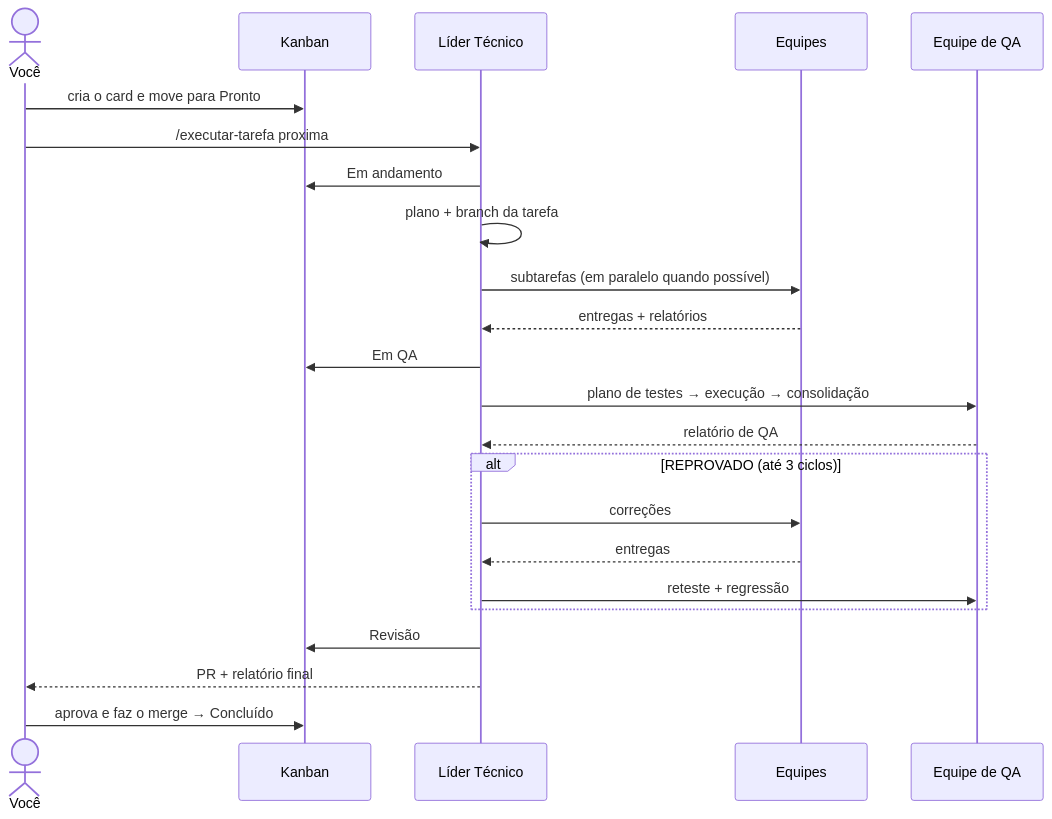
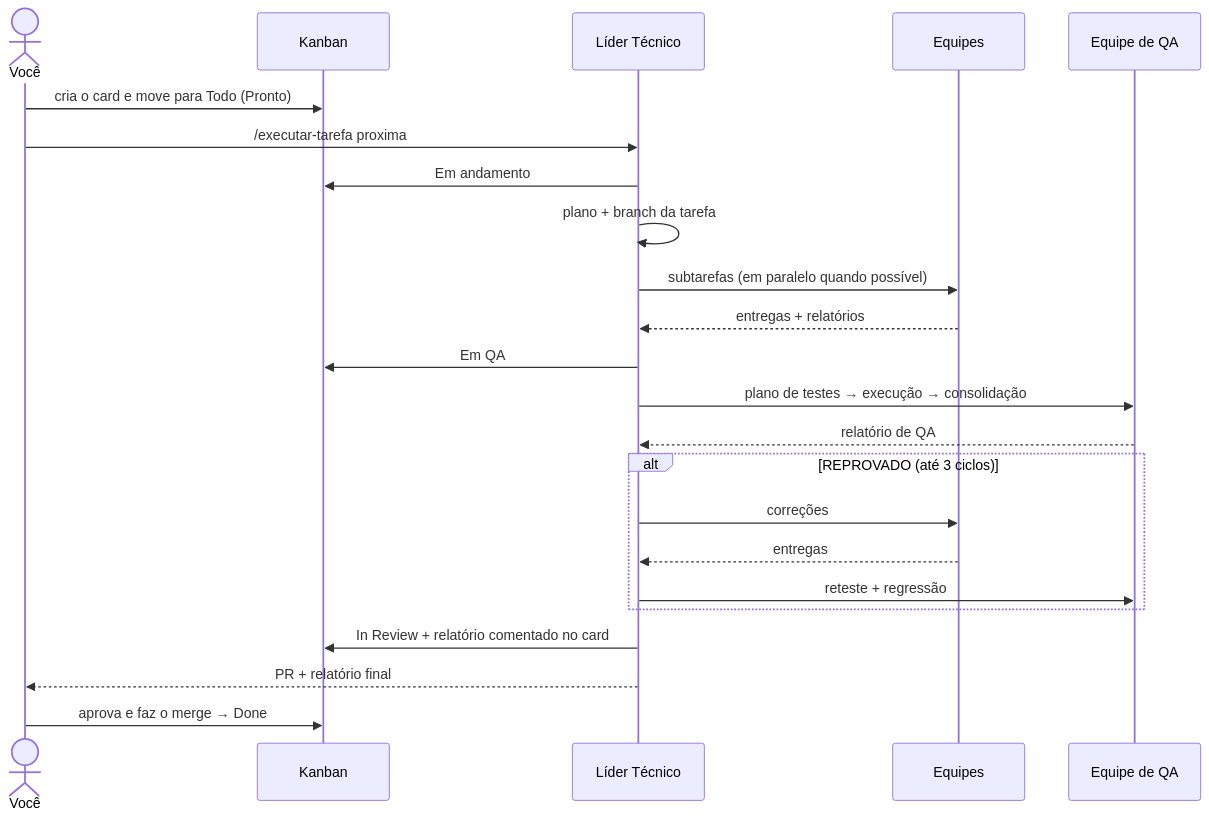
One commit to vitaoSantos/Idle-game changed the second of 2 diagrams in docs/orquestracao.md. Above: the diagram before and after it, drawn with Mermaid. The commit also changed other lines of this file and 17 other files, not shown here.

````diff
--- a/docs/orquestracao.md
+++ b/docs/orquestracao.md
@@ -74,25 +74,25 @@
 ```mermaid
 sequenceDiagram
     actor U as Você
     participant K as Kanban
     participant L as Líder Técnico
     participant E as Equipes
     participant Q as Equipe de QA
-    U->>K: cria o card e move para Pronto
+    U->>K: cria o card e move para Todo (Pronto)
     U->>L: /executar-tarefa proxima
     L->>K: Em andamento
     L->>L: plano + branch da tarefa
     L->>E: subtarefas (em paralelo quando possível)
     E-->>L: entregas + relatórios
     L->>K: Em QA
     L->>Q: plano de testes → execução → consolidação
     Q-->>L: relatório de QA
     alt REPROVADO (até 3 ciclos)
         L->>E: correções
         E-->>L: entregas
         L->>Q: reteste + regressão
     end
-    L->>K: Revisão
+    L->>K: In Review + relatório comentado no card
     L-->>U: PR + relatório final
-    U->>K: aprova e faz o merge → Concluído
+    U->>K: aprova e faz o merge → Done
 ```
````
